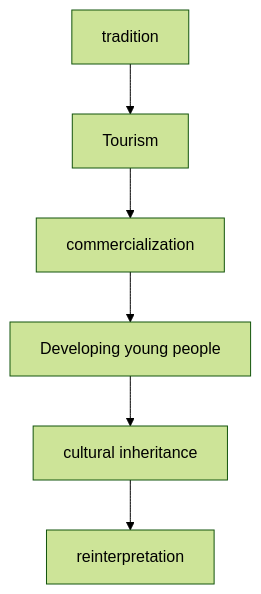
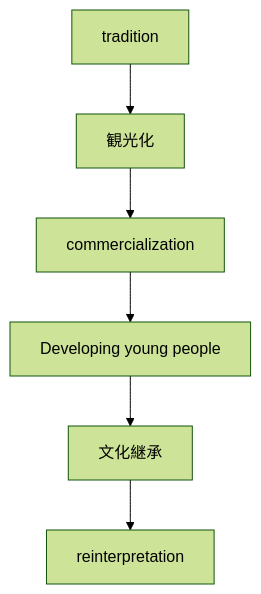
One commit to monumental-movement/monumental-movement.github.io changed the ninth of 12 diagrams in en/_posts/2026-05-16-column-fado.md. Above: the diagram before and after it, drawn with Mermaid (forest theme). The commit also changed other lines of this file and 1012 other files, not shown here.

```diff
--- a/en/_posts/2026-05-16-column-fado.md
+++ b/en/_posts/2026-05-16-column-fado.md
@@ -472,8 +471,8 @@
 <div class="mermaid">
 flowchart TD
-A[tradition] --> B[Tourism]
+A[tradition] --> B[観光化]
 B --> C[commercialization]
 C --> D[Developing young people]
-D --> E[cultural inheritance]
+D --> E[文化継承]
 E --> F[reinterpretation]
 </div>
```
